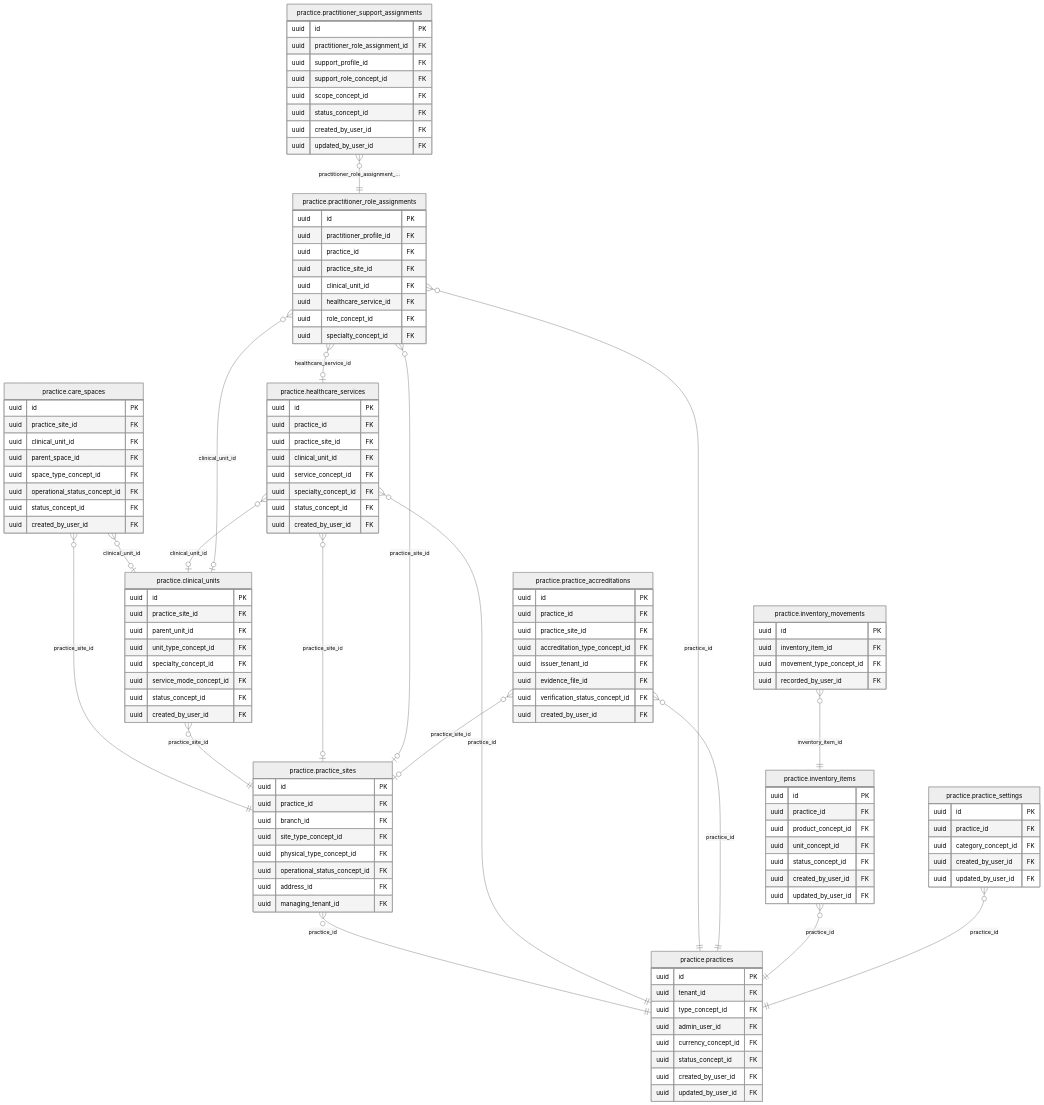
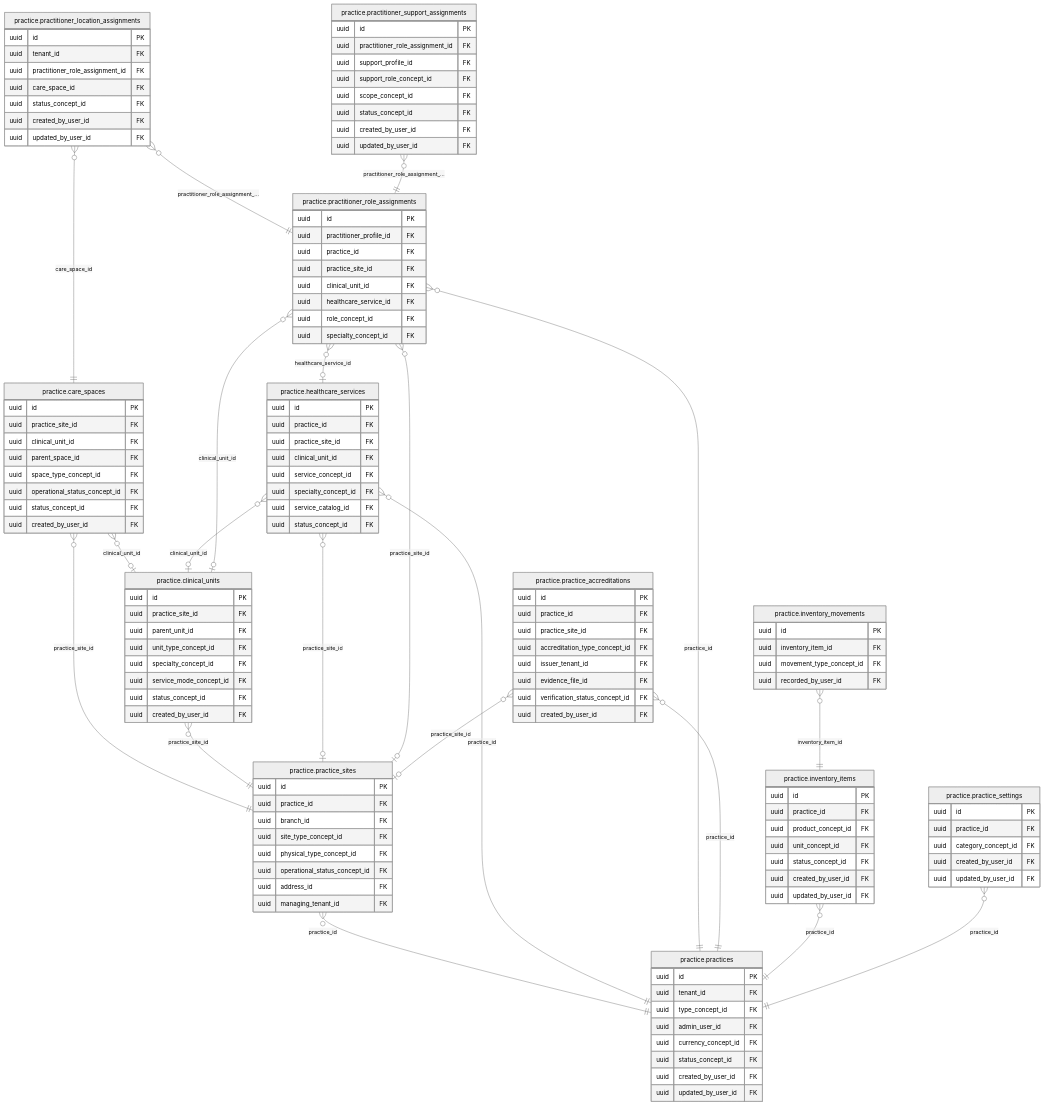
The diagram in docs/inventario/catalogo/practice.md (mdavila-2001/mantra-core-health-api), drawn with Mermaid (neutral theme) before and after one commit. The commit also changed other lines of this file and 1040 other files, not shown here.

```diff
--- a/docs/inventario/catalogo/practice.md
+++ b/docs/inventario/catalogo/practice.md
@@ -60,6 +61,15 @@
     uuid address_id FK
     uuid managing_tenant_id FK
   }
+  practice_practitioner_location_assignments["practice.practitioner_location_assignments"] {
+    uuid id PK
+    uuid tenant_id FK
+    uuid practitioner_role_assignment_id FK
+    uuid care_space_id FK
+    uuid status_concept_id FK
+    uuid created_by_user_id FK
+    uuid updated_by_user_id FK
+  }
   practice_healthcare_services["practice.healthcare_services"] {
     uuid id PK
     uuid practice_id FK
@@ -67,8 +77,8 @@
     uuid clinical_unit_id FK
     uuid service_concept_id FK
     uuid specialty_concept_id FK
+    uuid service_catalog_id FK
     uuid status_concept_id FK
-    uuid created_by_user_id FK
   }
   practice_practitioner_role_assignments["practice.practitioner_role_assignments"] {
     uuid id PK
@@ -136,6 +146,8 @@
   practice_care_spaces }o--o| practice_clinical_units : "clinical_unit_id"
   practice_clinical_units }o--|| practice_practice_sites : "practice_site_id"
   practice_practice_sites }o--|| practice_practices : "practice_id"
+  practice_practitioner_location_assignments }o--|| practice_practitioner_role_assignments : "practitioner_role_assignment_…"
+  practice_practitioner_location_assignments }o--|| practice_care_spaces : "care_space_id"
   practice_healthcare_services }o--|| practice_practices : "practice_id"
   practice_healthcare_services }o--o| practice_practice_sites : "practice_site_id"
   practice_healthcare_services }o--o| practice_clinical_units : "clinical_unit_id"
```
